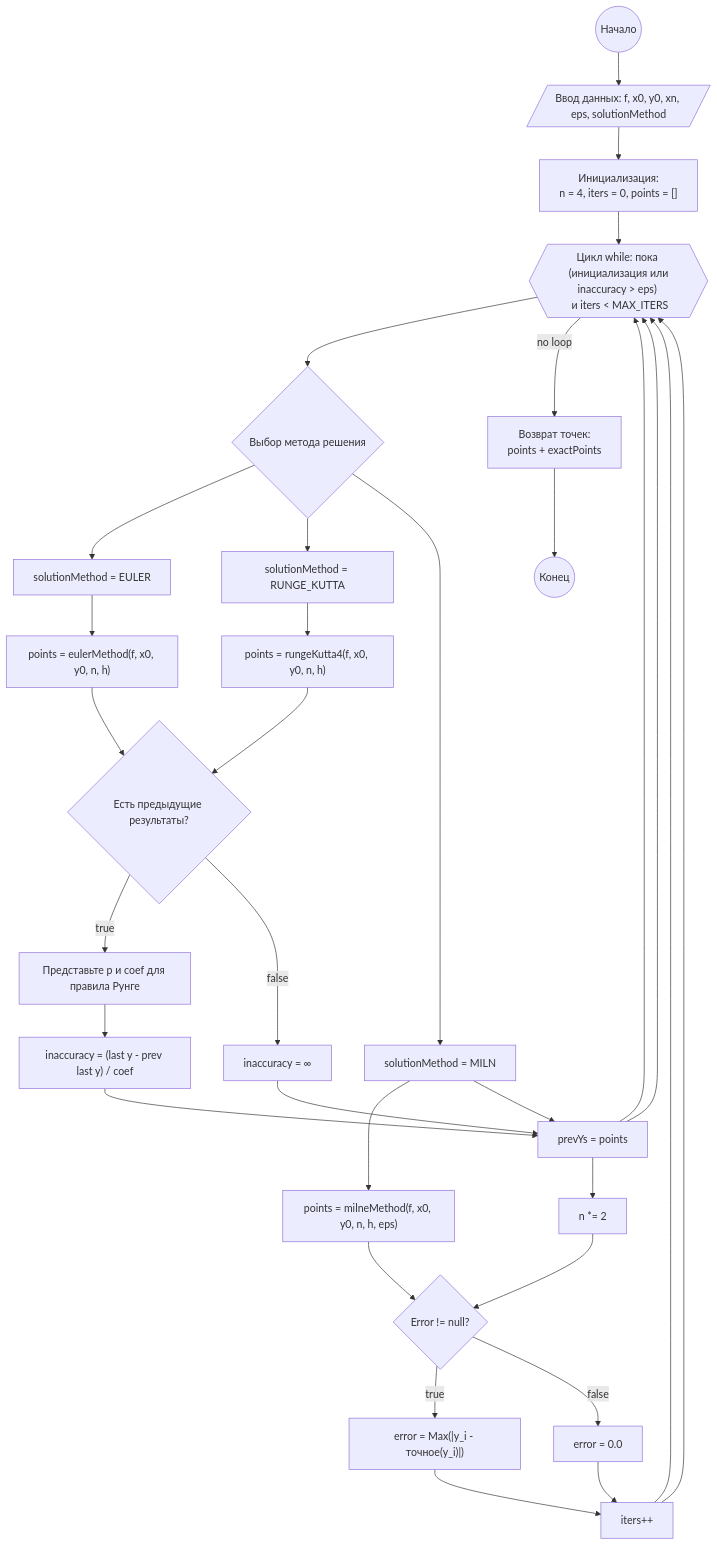
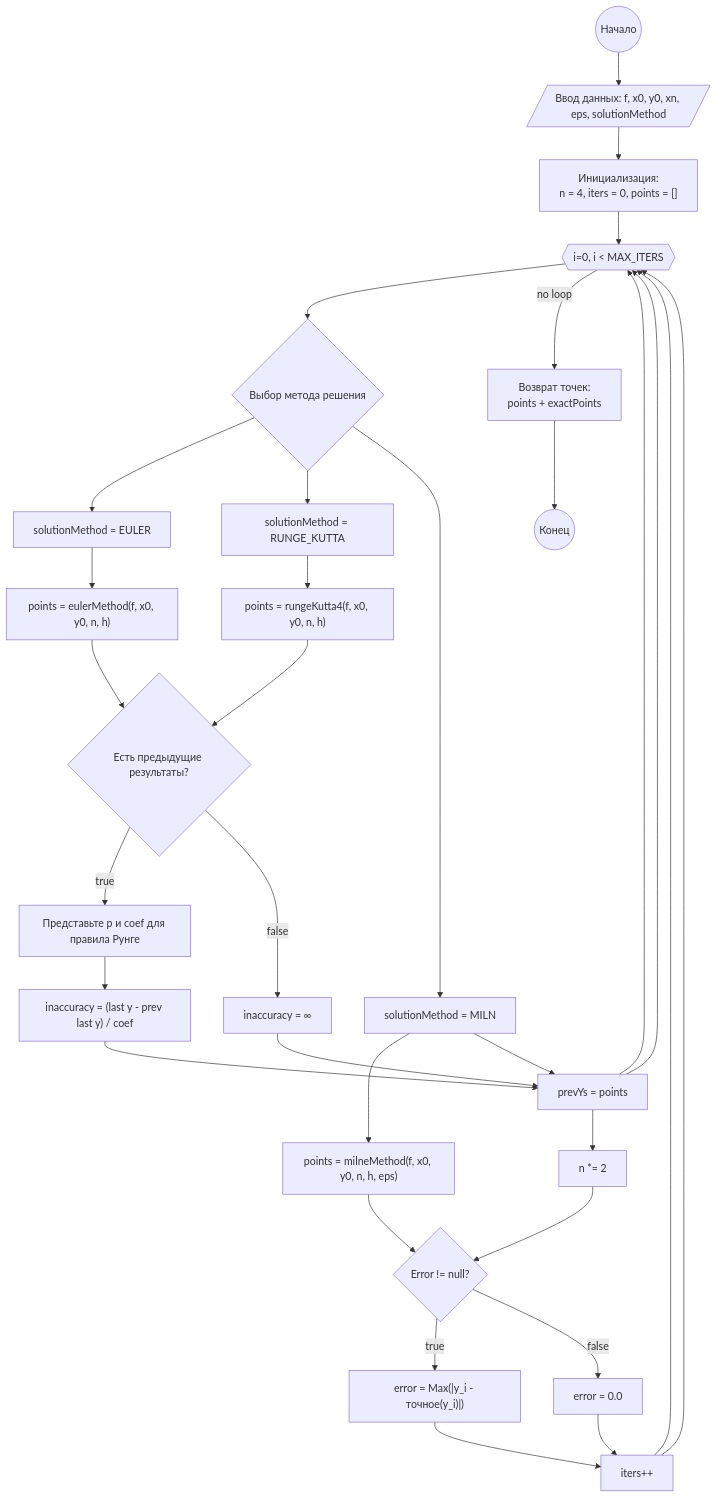
One commit to arekalov/CompMat-lab6 changed the diagram in docs/schemes/solver.mmd. Above: the diagram before and after it, drawn with Mermaid. The commit also changed 4 other files, not shown here.

```diff
--- a/docs/schemes/solver.mmd
+++ b/docs/schemes/solver.mmd
@@ -1,45 +1,45 @@
 graph TD
     A(("Начало"))
     B[/"Ввод данных: f, x0, y0, xn, eps, solutionMethod"/]
     C["Инициализация: \nn = 4, iters = 0, points = []"]
-    D{{"Цикл while: пока \n (инициализация или inaccuracy > eps) \n и iters < MAX_ITERS"}}
+    D{{"i=0, i < MAX_ITERS"}}
 
     CHOICE{"Выбор метода решения"}
     METHOD1["solutionMethod = EULER"]
     METHOD2["solutionMethod = RUNGE_KUTTA"]
     METHOD3["solutionMethod = MILN"]
 
     RUN_EULER["points = eulerMethod(f, x0, y0, n, h)"]
     RUN_RUNGE_KUTTA["points = rungeKutta4(f, x0, y0, n, h)"]
     RUN_MILN["points = milneMethod(f, x0, y0, n, h, eps)"]
 
     IF_PREV{"Есть предыдущие результаты?"}
     COEF["Представьте p и coef для правила Рунге"]
     CHECK_INACCURACY1["inaccuracy = (last y - prev last y) / coef"]
     CHECK_INACCURACY2["inaccuracy = ∞"]
 
     UPDATE["prevYs = points"]
     DOUBLE_N["n *= 2"]
     INC_ITER["iters++"]
 
     CHECK_ERROR{"Error != null?"}
     ERROR1["error = Max(|y_i - точное(y_i)|)"]
     ERROR2["error = 0.0"]
 
     RETURN_POINTS["Возврат точек: \n points + exactPoints"]
     E(("Конец"))
 
     A --> B --> C --> D --> CHOICE
     CHOICE --> METHOD1 --> RUN_EULER --> IF_PREV
     CHOICE --> METHOD2 --> RUN_RUNGE_KUTTA --> IF_PREV
     CHOICE --> METHOD3 --> RUN_MILN --> CHECK_ERROR
 
     IF_PREV -- true --> COEF --> CHECK_INACCURACY1 --> UPDATE --> D
     IF_PREV -- false --> CHECK_INACCURACY2 --> UPDATE --> D
 
     METHOD3 --> UPDATE --> DOUBLE_N --> CHECK_ERROR
 
     CHECK_ERROR -- true --> ERROR1 --> INC_ITER --> D
     CHECK_ERROR -- false --> ERROR2 --> INC_ITER --> D
 
     D -- no loop --> RETURN_POINTS --> E
```
